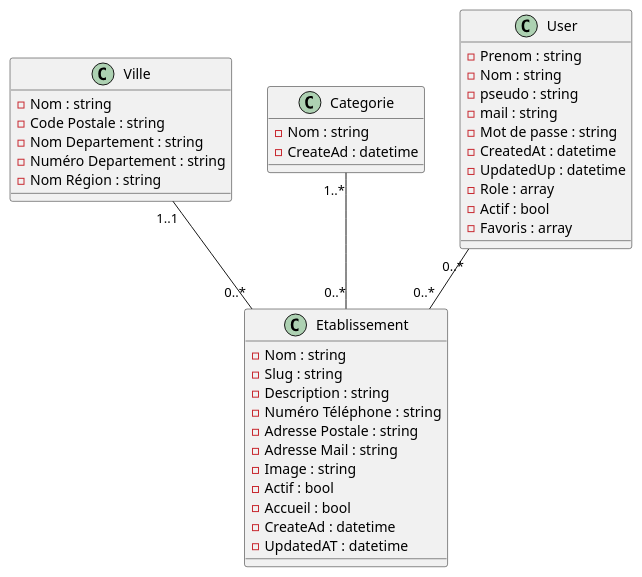
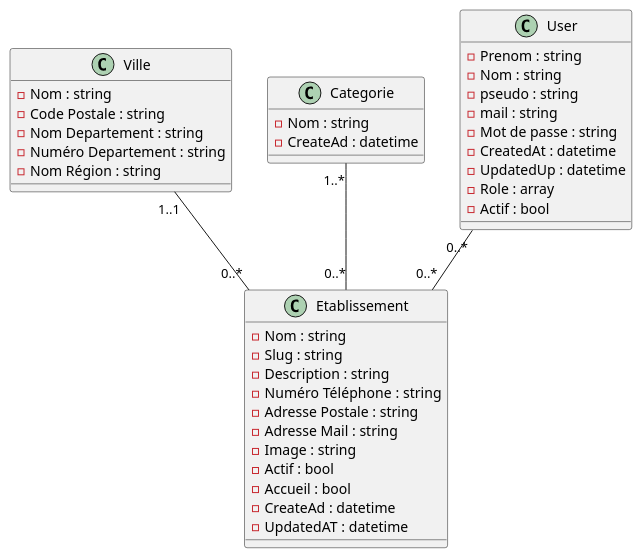
Before and after one commit to Zaldaf/FC-Tourisme: the diagram in documentation/diagramme de classe.puml, drawn with PlantUML. The commit also changed 3 other files, not shown here.

```diff
--- a/documentation/diagramme de classe.puml
+++ b/documentation/diagramme de classe.puml
@@ -1,50 +1,49 @@
 @startuml
 'https://plantuml.com/class-diagram
 
 
 class Etablissement {
 -Nom : string
 -Slug : string
 -Description : string
 -Numéro Téléphone : string
 -Adresse Postale : string
 -Adresse Mail : string
 -Image : string
 -Actif : bool
 -Accueil : bool
 -CreateAd : datetime
 -UpdatedAT : datetime
 
 }
 
 class Ville {
 -Nom : string
 -Code Postale : string
 -Nom Departement : string
 -Numéro Departement : string
 -Nom Région : string
 
 }
 
 class Categorie {
 -Nom : string
 -CreateAd : datetime
 }
 
 class User {
 -Prenom : string
 -Nom : string
 -pseudo : string
 -mail : string
 -Mot de passe : string
 -CreatedAt : datetime
 -UpdatedUp : datetime
 -Role : array
 -Actif : bool
--Favoris : array
 }
 User "0..*"--"0..*" Etablissement
 Ville "1..1"--"0..*" Etablissement
 Categorie "1..*"--"0..*" Etablissement
 
 @enduml
```
